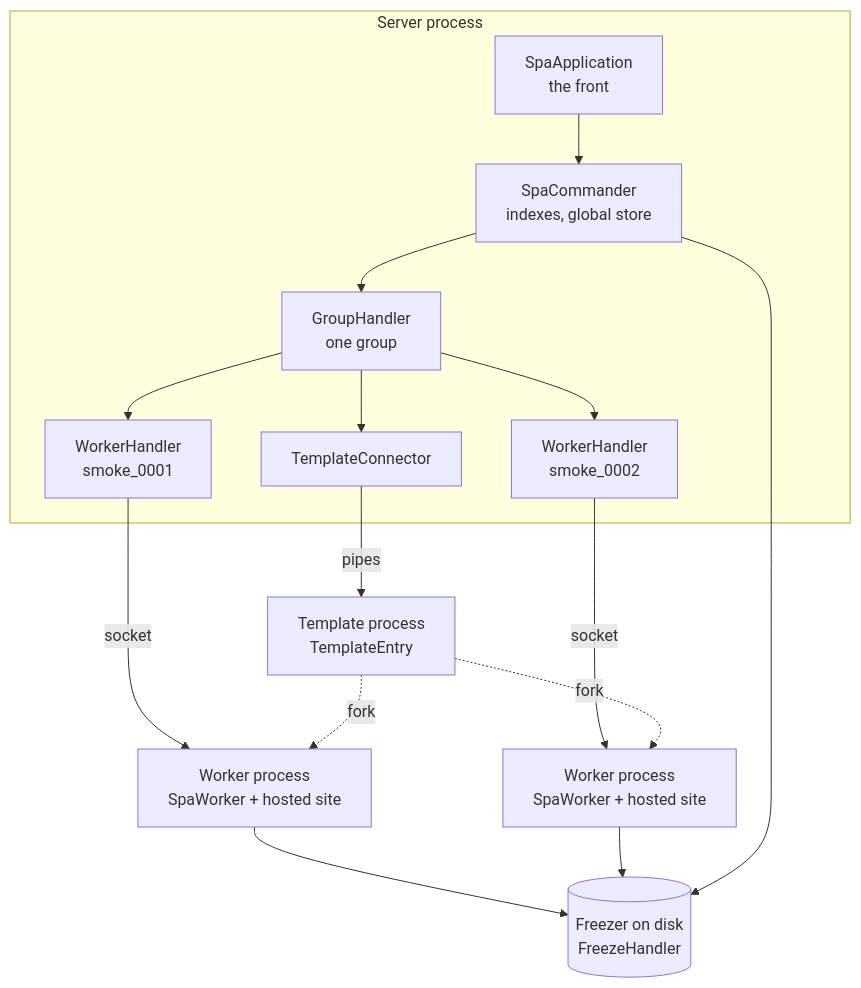
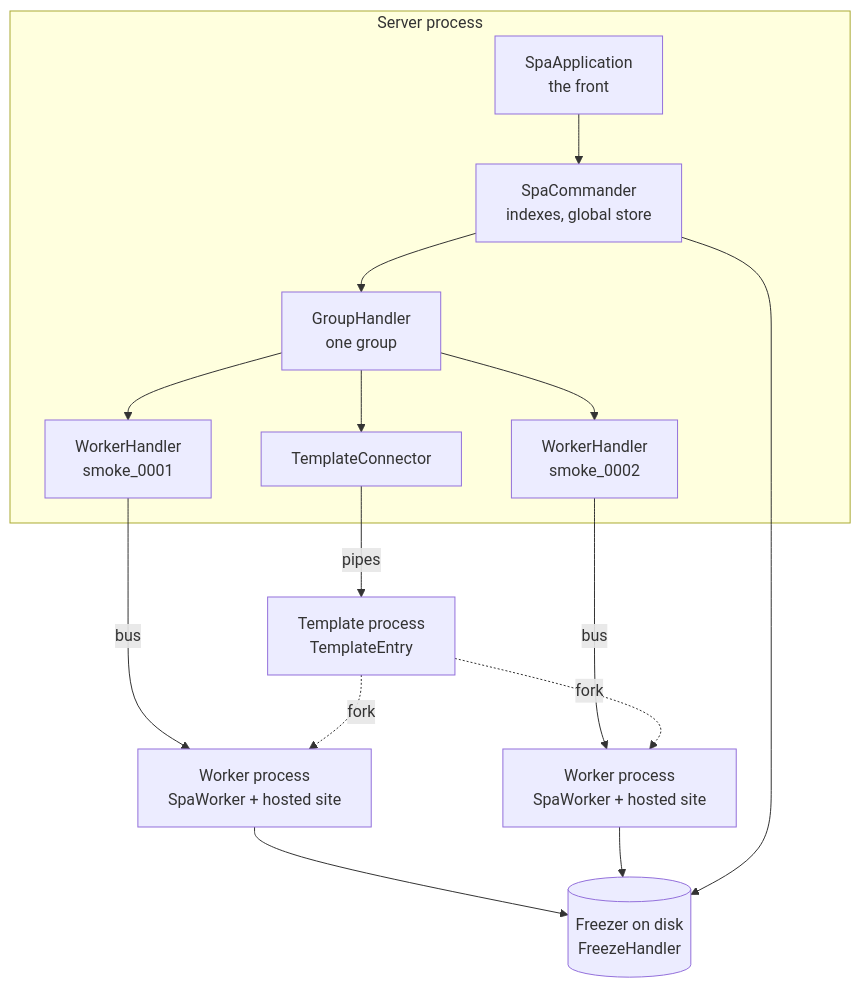
One commit to kajenn-org/kajenn-orchestra changed the first of 6 diagrams in docs/architecture/overview.md. Above: the diagram before and after it, drawn with Mermaid. The commit also changed other lines of this file and 47 other files, not shown here.

````diff
--- a/docs/architecture/overview.md
+++ b/docs/architecture/overview.md
@@ -17,29 +17,29 @@
 ```mermaid
 flowchart TD
     subgraph server["Server process"]
         front["SpaApplication<br/>the front"]
         commander["SpaCommander<br/>indexes, global store"]
         group["GroupHandler<br/>one group"]
         h1["WorkerHandler<br/>smoke_0001"]
         h2["WorkerHandler<br/>smoke_0002"]
         tmpl["TemplateConnector"]
     end
     w1["Worker process<br/>SpaWorker + hosted site"]
     w2["Worker process<br/>SpaWorker + hosted site"]
     t["Template process<br/>TemplateEntry"]
     freezer[("Freezer on disk<br/>FreezeHandler")]
 
     front --> commander
     commander --> group
     group --> h1
     group --> h2
     group --> tmpl
-    h1 -->|"socket"| w1
-    h2 -->|"socket"| w2
+    h1 -->|"bus"| w1
+    h2 -->|"bus"| w2
     tmpl -->|"pipes"| t
     t -.->|"fork"| w1
     t -.->|"fork"| w2
     w1 --> freezer
     w2 --> freezer
     commander --> freezer
 ```
````
